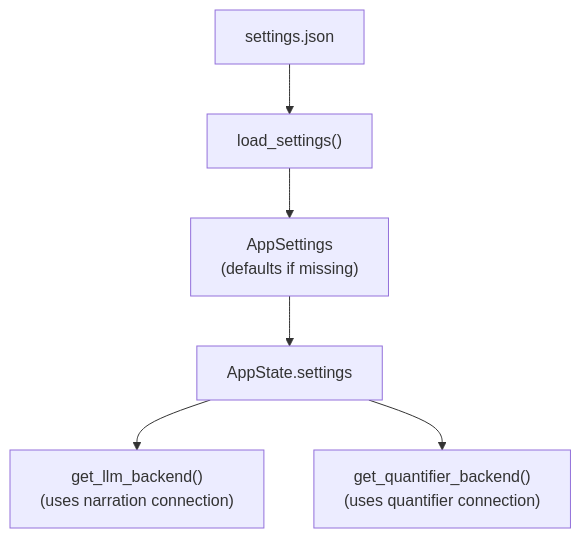
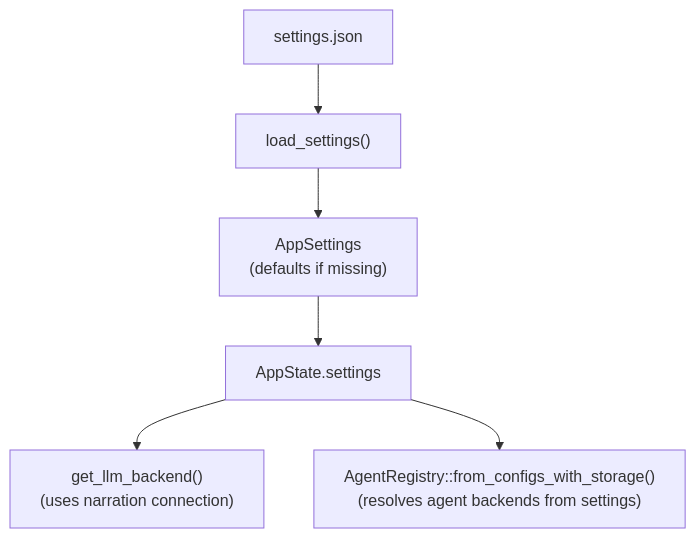
One commit to notsonormal/chronicler-engine changed the diagram in chronicler_engine/docs/architecture/system.md. Above: the diagram before and after it, drawn with Mermaid. The commit also changed other lines of this file and 111 other files, not shown here.

First line of the commit message:
refactor(engine): unify LLM backend, message-aligned snapshots, and game-scoped storage

````diff
--- a/chronicler_engine/docs/architecture/system.md
+++ b/chronicler_engine/docs/architecture/system.md
@@ -99,8 +97,8 @@
 ```mermaid
 flowchart TD
     A["settings.json"] --> B["load_settings()"]
     B --> C["AppSettings<br/>(defaults if missing)"]
     C --> D["AppState.settings"]
     D --> E["get_llm_backend()<br/>(uses narration connection)"]
-    D --> F["get_quantifier_backend()<br/>(uses quantifier connection)"]
+    D --> F["AgentRegistry::from_configs_with_storage()<br/>(resolves agent backends from settings)"]
 ```
````
